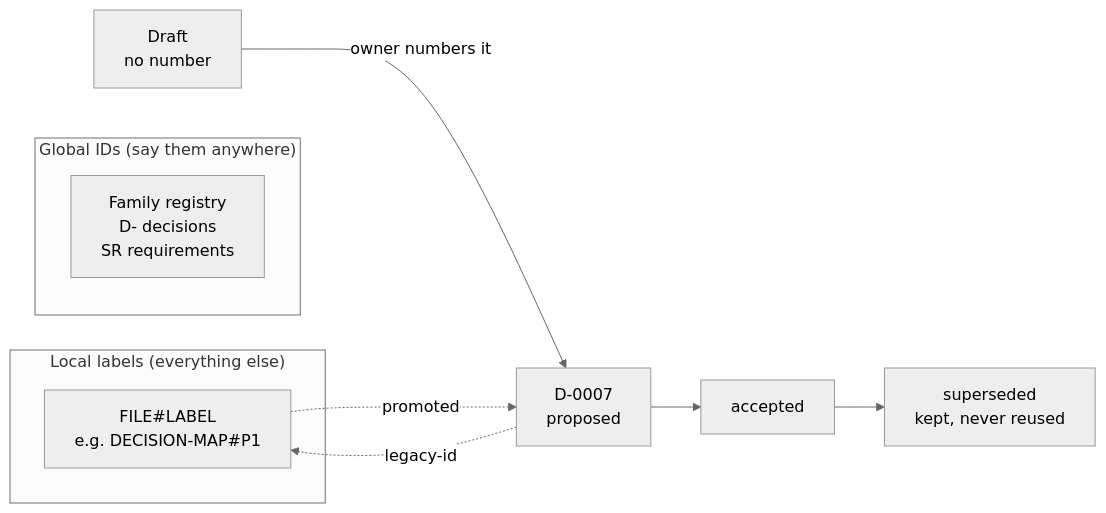
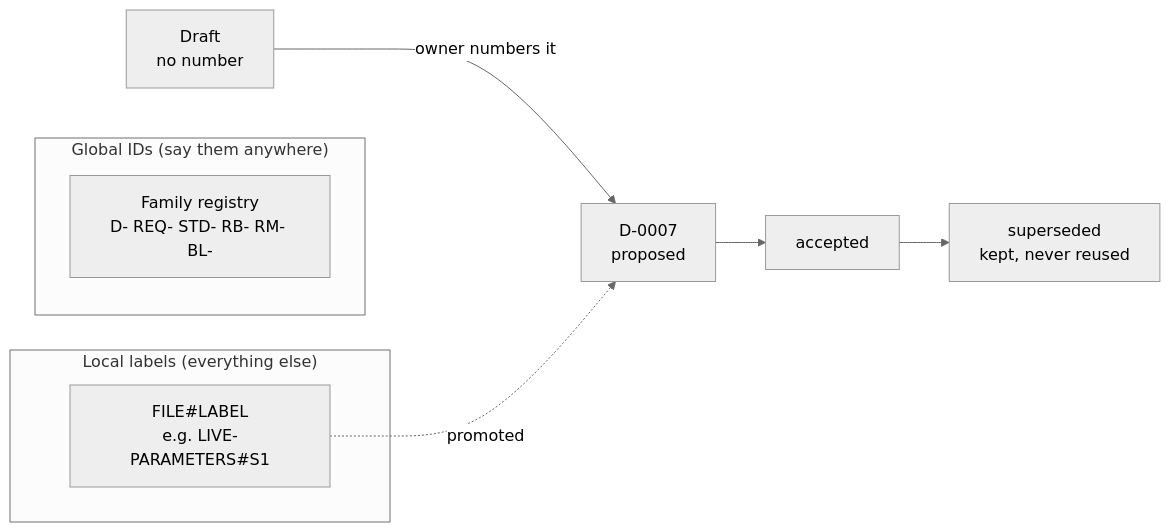
Before and after one commit to jonhill90/central-hub: the diagram in docs/decisions/0003-use-registered-id-families-and-file-qualified-labels.md, drawn with Mermaid (neutral theme). The commit also changed other lines of this file and 59 other files, not shown here.

````diff
--- a/docs/decisions/0003-use-registered-id-families-and-file-qualified-labels.md
+++ b/docs/decisions/0003-use-registered-id-families-and-file-qualified-labels.md
@@ -63,13 +62,12 @@
 ```mermaid
 flowchart LR
   subgraph G["Global IDs (say them anywhere)"]
-    R["Family registry<br/>D- decisions<br/>SR requirements"]
+    R["Family registry<br/>D- REQ- STD- RB- RM- BL-"]
   end
   subgraph L["Local labels (everything else)"]
-    F["FILE#LABEL<br/>e.g. DECISION-MAP#P1"]
+    F["FILE#LABEL<br/>e.g. LIVE-PARAMETERS#S1"]
   end
   D1["Draft<br/>no number"] -->|owner numbers it| N["D-0007<br/>proposed"]
   N --> A["accepted"] --> S["superseded<br/>kept, never reused"]
   F -. promoted .-> N
-  N -. legacy-id .-> F
 ```
````
